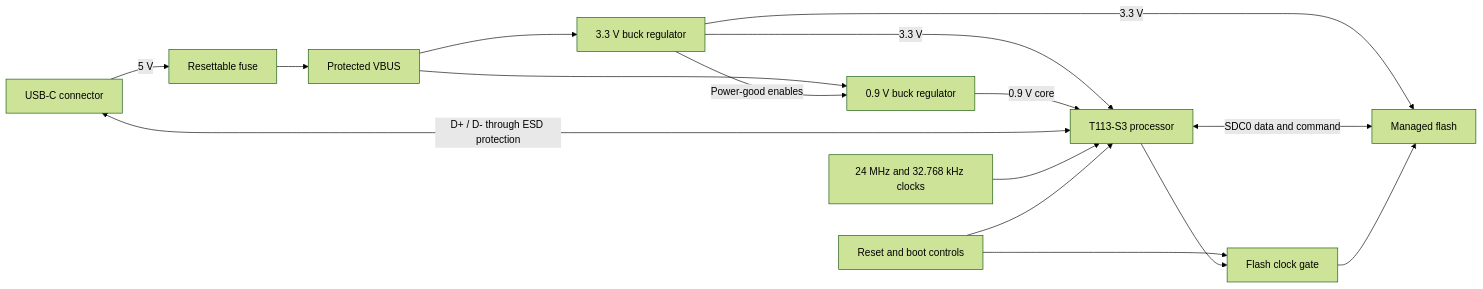
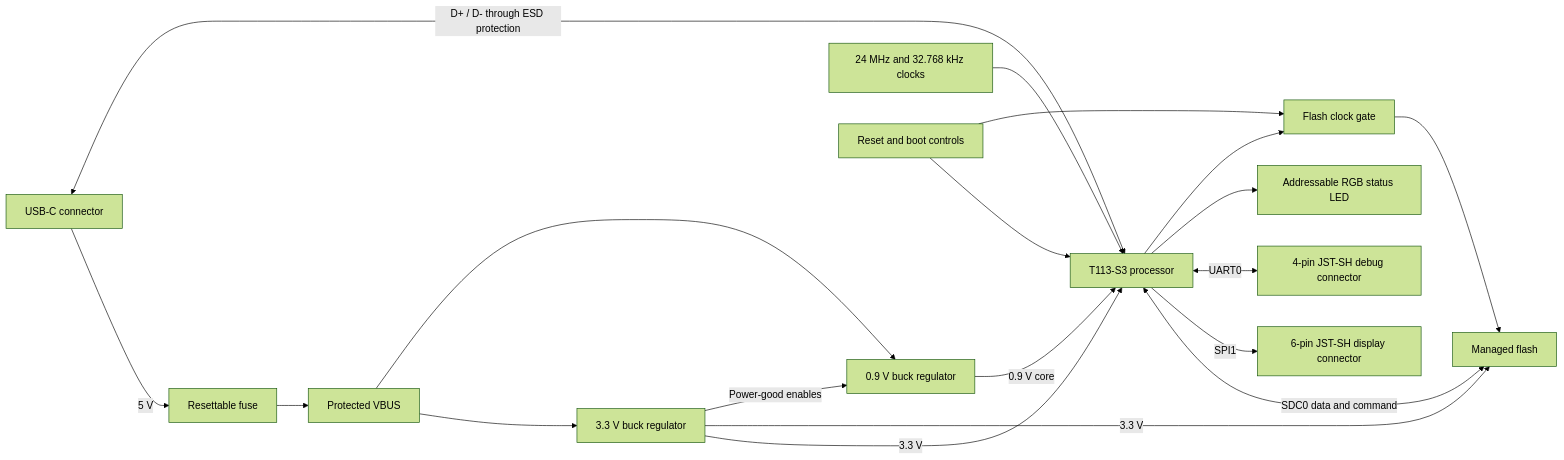
One commit to techmannih/trellis-core changed the diagram in README.md. Above: the diagram before and after it, drawn with Mermaid (forest theme). The commit also changed other lines of this file and 25 other files, not shown here.

````diff
--- a/README.md
+++ b/README.md
@@ -27,17 +30,20 @@
 ```mermaid
 flowchart LR
   USB[USB-C connector] -->|5 V| FUSE[Resettable fuse]
   FUSE --> VBUS[Protected VBUS]
   VBUS --> BUCK33[3.3 V buck regulator]
   VBUS --> BUCK09[0.9 V buck regulator]
   BUCK33 -->|3.3 V| CPU[T113-S3 processor]
   BUCK33 -->|3.3 V| FLASH[Managed flash]
   BUCK33 -->|Power-good enables| BUCK09
   BUCK09 -->|0.9 V core| CPU
   USB <-->|D+ / D- through ESD protection| CPU
   CPU <-->|SDC0 data and command| FLASH
+  CPU -->|SPI1| DISPLAY[6-pin JST-SH display connector]
+  CPU <-->|UART0| DEBUG[4-pin JST-SH debug connector]
+  CPU --> RGB[Addressable RGB status LED]
   CLOCKS[24 MHz and 32.768 kHz clocks] --> CPU
   CONTROLS[Reset and boot controls] --> CPU
   CONTROLS --> GATE[Flash clock gate]
   CPU --> GATE --> FLASH
 ```
````
